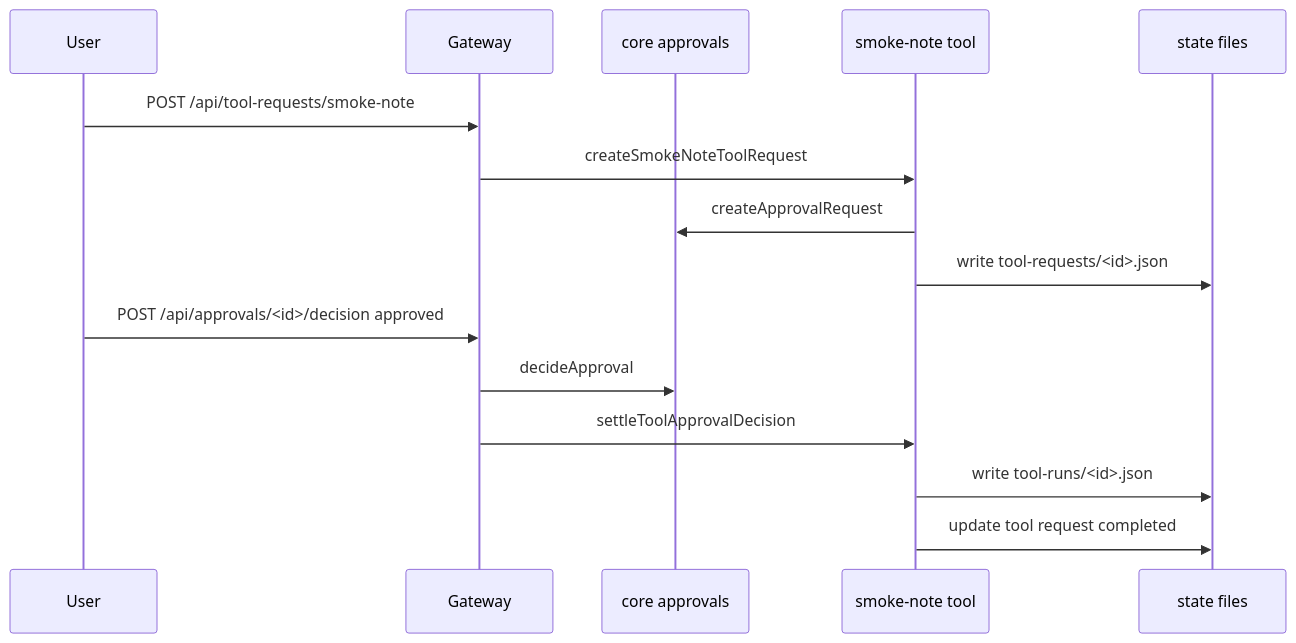
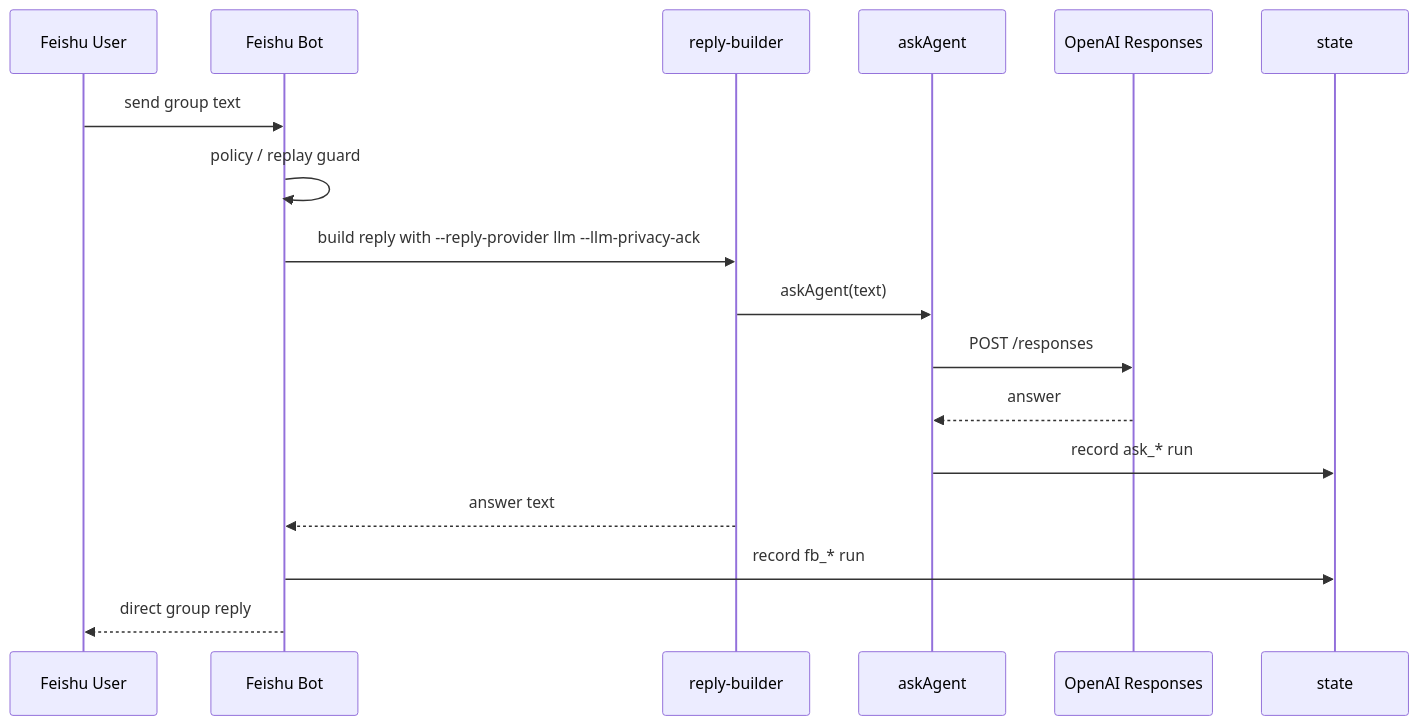
The fifth of 9 diagrams in docs/implementation-architecture.md (mayf3/myclaw), drawn with Mermaid before and after one commit. The commit also changed other lines of this file and 41 other files, not shown here.

Commit message:
feat: add llm reply smoke

````diff
--- a/docs/implementation-architecture.md
+++ b/docs/implementation-architecture.md
@@ -188,18 +135,20 @@
 ```mermaid
 sequenceDiagram
-  participant U as User
-  participant G as Gateway
-  participant A as core approvals
-  participant T as smoke-note tool
-  participant S as state files
+  participant U as Feishu User
+  participant B as Feishu Bot
+  participant P as reply-builder
+  participant A as askAgent
+  participant O as OpenAI Responses
+  participant S as state
 
-  U->>G: POST /api/tool-requests/smoke-note
-  G->>T: createSmokeNoteToolRequest
-  T->>A: createApprovalRequest
-  T->>S: write tool-requests/<id>.json
-  U->>G: POST /api/approvals/<id>/decision approved
-  G->>A: decideApproval
-  G->>T: settleToolApprovalDecision
-  T->>S: write tool-runs/<id>.json
-  T->>S: update tool request completed
+  U->>B: send group text
+  B->>B: policy / replay guard
+  B->>P: build reply with --reply-provider llm --llm-privacy-ack
+  P->>A: askAgent(text)
+  A->>O: POST /responses
+  O-->>A: answer
+  A->>S: record ask_* run
+  P-->>B: answer text
+  B->>S: record fb_* run
+  B-->>U: direct group reply
 ```
````
